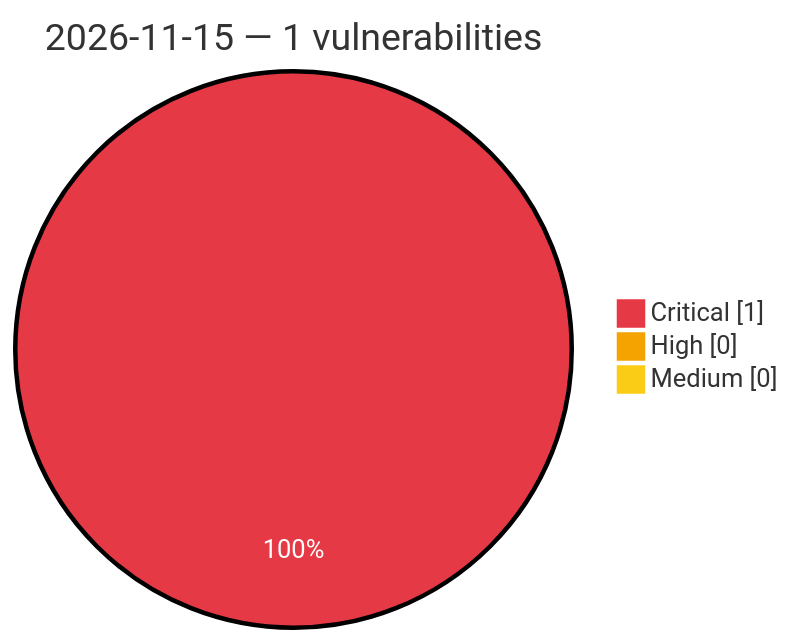
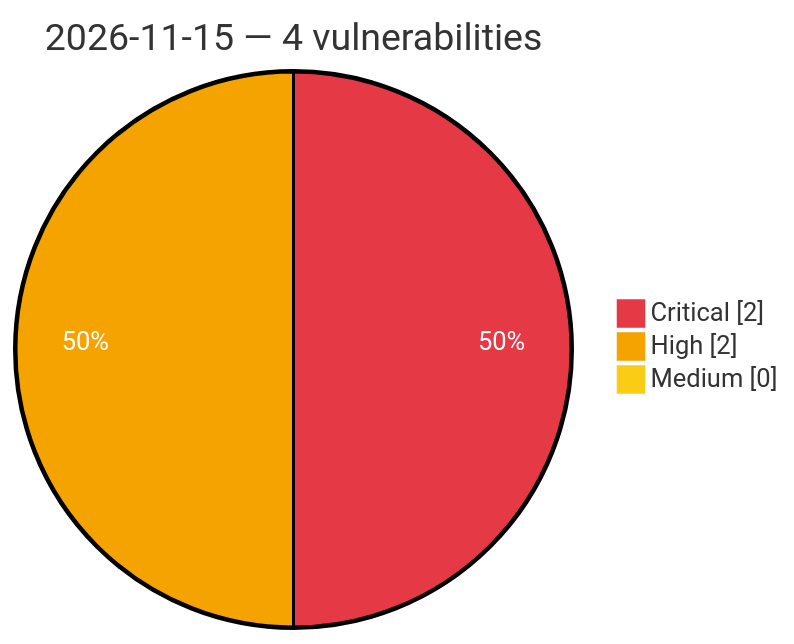
One commit to GhostX0X/vuln-tracker changed the diagram in vulnerabilities/2026/November/2026-11-15.md. Above: the diagram before and after it, drawn with Mermaid. The commit also changed other lines of this file and 5 other files, not shown here.

Commit message:
Auto update: critical/high vulns (2026-11-15 07:50 UTC)

````diff
--- a/vulnerabilities/2026/November/2026-11-15.md
+++ b/vulnerabilities/2026/November/2026-11-15.md
@@ -3,8 +3,8 @@
 ```mermaid
 %%{init: {'theme':'base', 'themeVariables': {'pie1':'#e63946', 'pie2':'#f4a300', 'pie3':'#facc15', 'pieOpacity':'1', 'pieOuterStrokeWidth':'2px', 'pieSectionTextColor':'#ffffff'}}}%%
 pie showData
-    title 2026-11-15 — 1 vulnerabilities
-    "Critical" : 1
-    "High" : 0
+    title 2026-11-15 — 4 vulnerabilities
+    "Critical" : 2
+    "High" : 2
     "Medium" : 0
 ```
````
